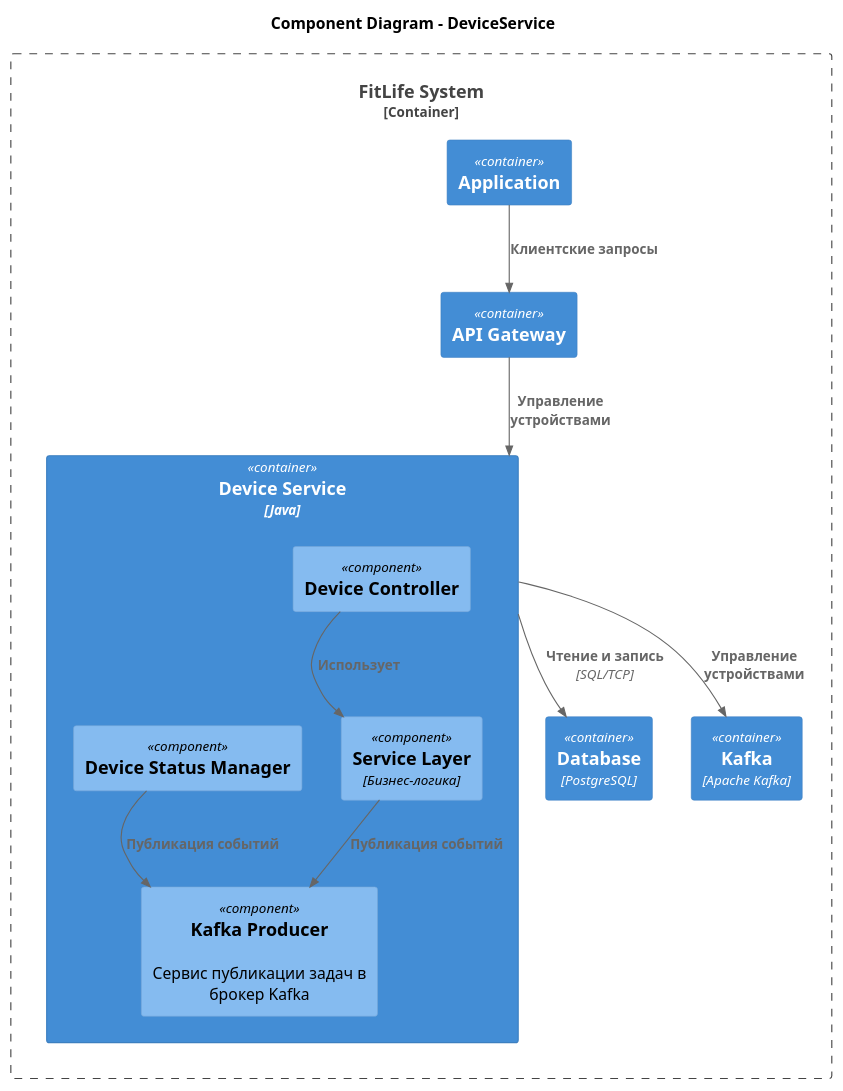
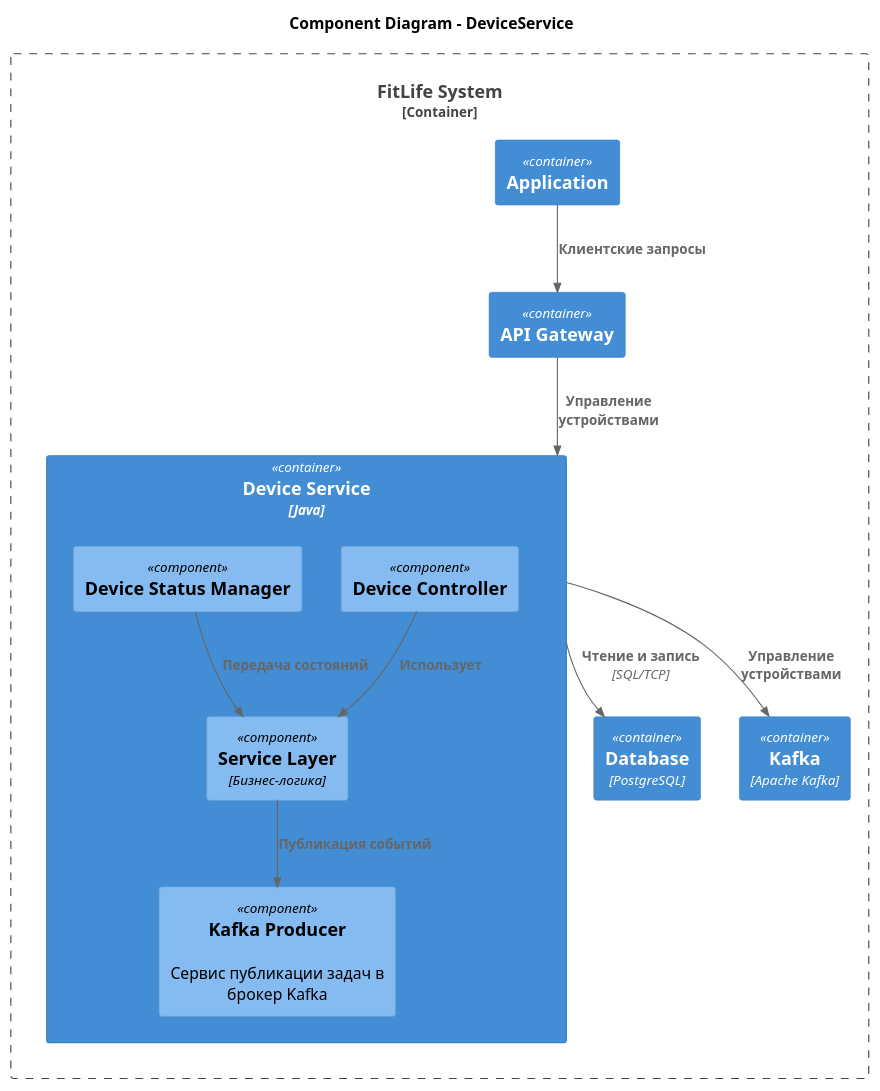
One commit to MarieSpring/architecture-sprint-3 changed the diagram in docs/task2/Components.puml. Above: the diagram before and after it, drawn with PlantUML. The commit also changed 1 other file, not shown here.

```diff
--- a/docs/task2/Components.puml
+++ b/docs/task2/Components.puml
@@ -1,31 +1,31 @@
 @startuml
 
 title Component Diagram - DeviceService
 
 !include https://raw.githubusercontent.com/plantuml-stdlib/C4-PlantUML/master/C4_Component.puml
 
 Container_Boundary(FitLifeSystem, "FitLife System") {
   Container(App, "Application")
   Container(ApiGateway, "API Gateway")  
   Container(DeviceService, "Device Service", "Java")
   Container(Database, "Database", "PostgreSQL")
   Container(Kafka, "Kafka", "Apache Kafka")
 }
 
 Container(DeviceService, "Device Service") {
   Component(KafkaProducer, "Kafka Producer", , "Сервис публикации задач в брокер Kafka")
   Component(DeviceController, "Device Controller")
   Component(ServiceLayer, "Service Layer", "Бизнес-логика")
   Component(DeviceStatusService, "Device Status Manager") 
 }
 
 Rel(App, ApiGateway, "Клиентские запросы")
 Rel(DeviceService, Kafka, "Управление устройствами")
 Rel(ApiGateway, DeviceService, "Управление устройствами")
 Rel(DeviceService, Database, "Чтение и запись", "SQL/TCP")
 
-Rel(DeviceStatusService, KafkaProducer, "Публикация событий")
+Rel(DeviceStatusService, ServiceLayer, "Передача состояний")
 Rel(DeviceController, ServiceLayer, "Использует")
 Rel(ServiceLayer, KafkaProducer, "Публикация событий")
 
 @enduml
```
